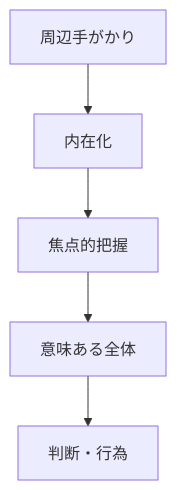
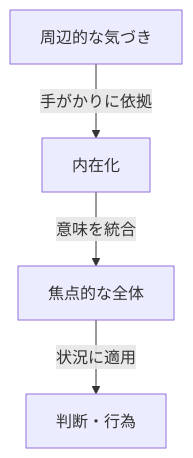
Before and after one commit to daylight55/research: the second of 3 diagrams in articles/report/comprehensive-understanding-paraphrase-risk/ja/index.mdx, drawn with Mermaid. The commit also changed other lines of this file and 181 other files, not shown here.

First line of the commit message:
全記事の図解368点を再生成し、共通注意書きを削除 (#402)

````diff
--- a/articles/report/comprehensive-understanding-paraphrase-risk/ja/index.mdx
+++ b/articles/report/comprehensive-understanding-paraphrase-risk/ja/index.mdx
@@ -69,7 +76,12 @@
 ```mermaid
-flowchart TB
-  S["周辺手がかり"] --> I["内在化"]
-  I --> F["焦点的把握"]
-  F --> C["意味ある全体"]
-  C --> J["判断・行為"]
+flowchart TD
+  accTitle: 周辺的な手がかりを焦点的な判断へ統合する
+  accDescr: 手がかりは単独で理解を作らず、内在化を通じて意味のある全体と判断を支える。
+  N0["周辺的な気づき"]
+  N1["内在化"]
+  N2["焦点的な全体"]
+  N3["判断・行為"]
+  N0 -->|手がかりに依拠| N1
+  N1 -->|意味を統合| N2
+  N2 -->|状況に適用| N3
 ```
````
